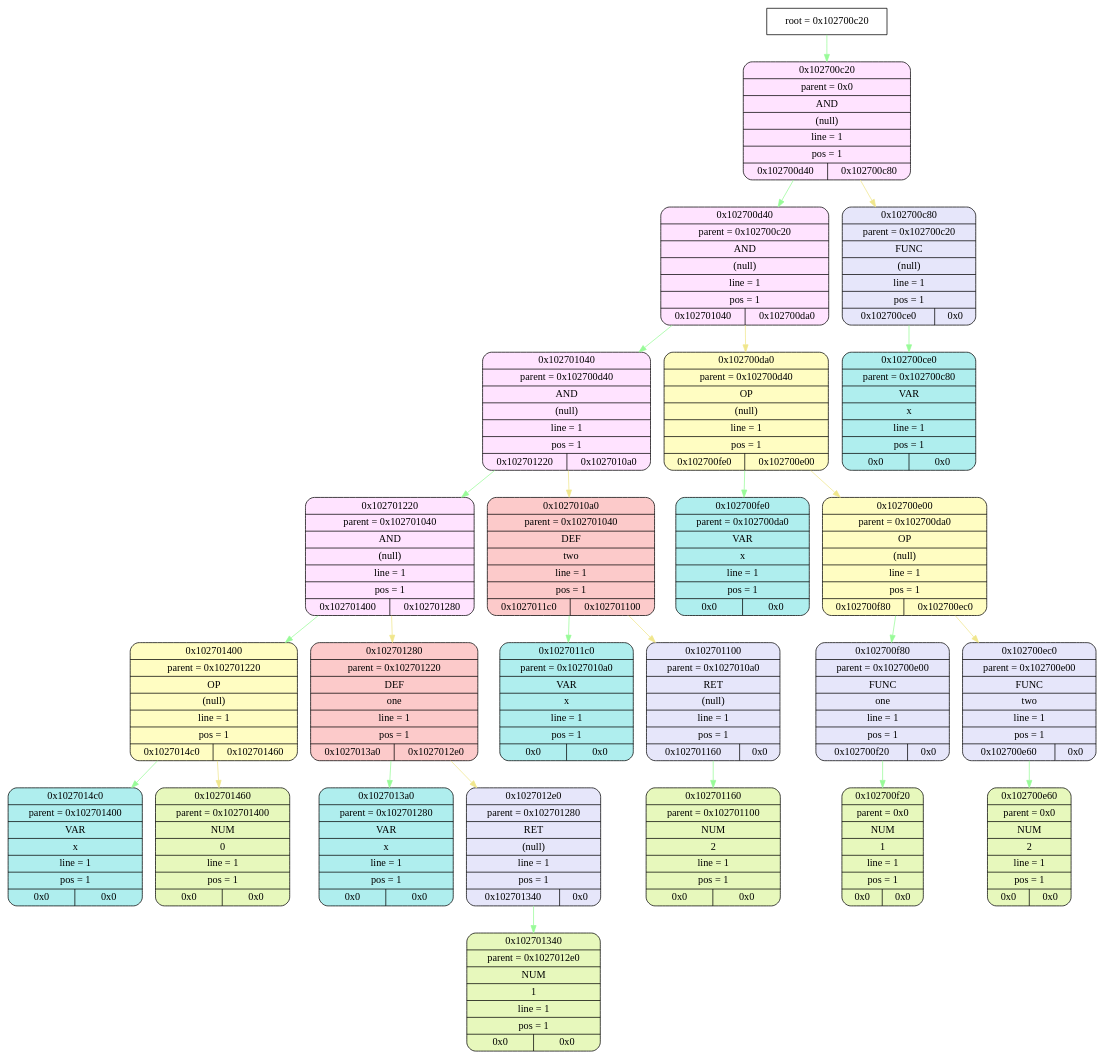
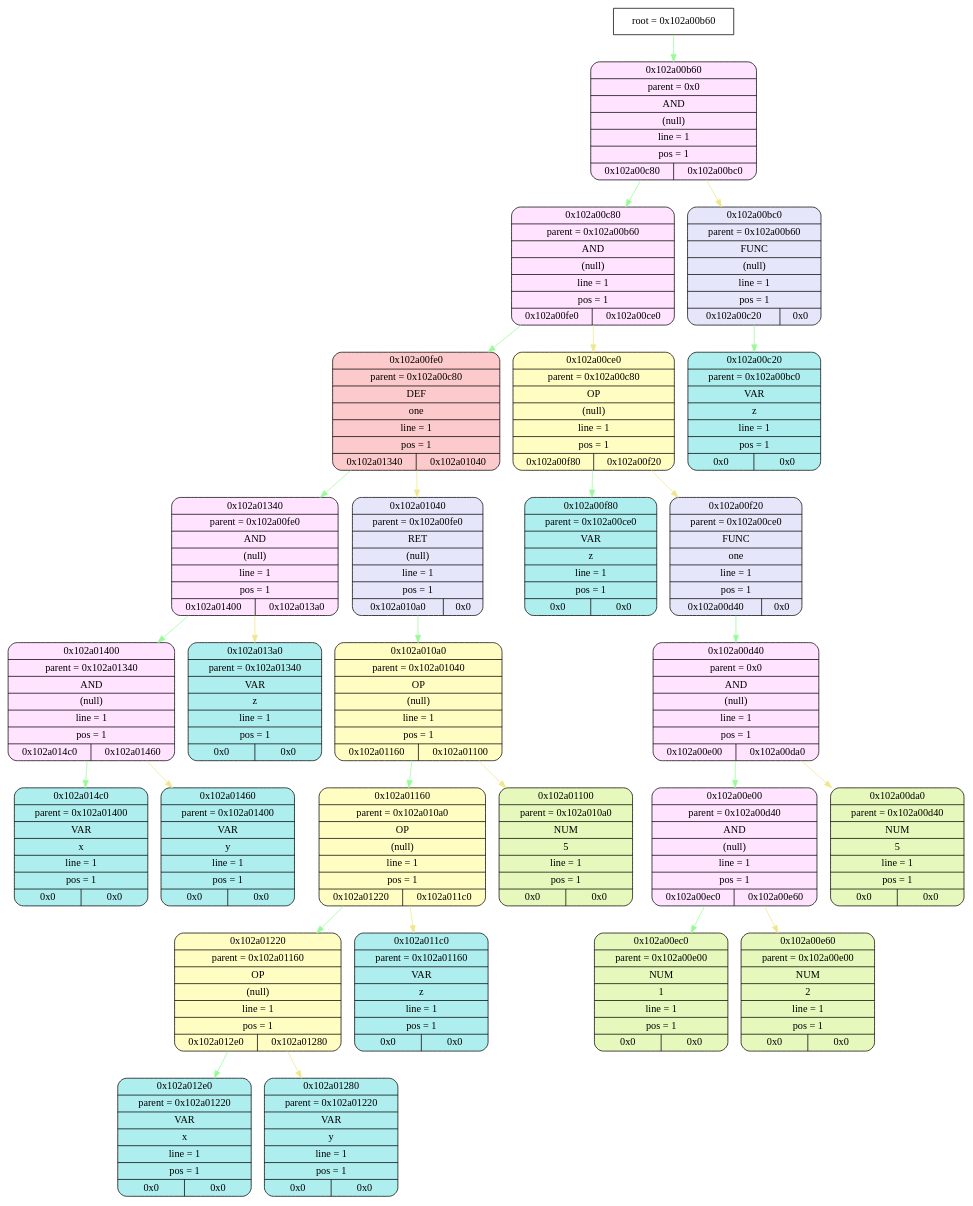
The diagram in frontend/tmp/graphviz.dot (esgalimov/language), drawn with Graphviz before and after one commit. The commit also changed 20 other files, not shown here.

Commit message:
func can have more than one param

```diff
--- a/frontend/tmp/graphviz.dot
+++ b/frontend/tmp/graphviz.dot
@@ -1,77 +1,83 @@
 digraph
 {
-    node_info[shape = record, label = "{root = 0x102700c20}"];
+    node_info[shape = record, label = "{root = 0x102a00b60}"];
 
-    node_info->node_0x102700c20 [color = "#98FB98"];
-    node_0x102700c20[shape = Mrecord, label = "{{0x102700c20} | {parent =  0x0} | {AND} | {(null)} | {line = 1} | {pos = 1} | {0x102700d40 | 0x102700c80}}",
+    node_info->node_0x102a00b60 [color = "#98FB98"];
+    node_0x102a00b60[shape = Mrecord, label = "{{0x102a00b60} | {parent =  0x0} | {AND} | {(null)} | {line = 1} | {pos = 1} | {0x102a00c80 | 0x102a00bc0}}",
                                         style="filled", fillcolor="#FFE3FF"];
-    node_0x102700d40[shape = Mrecord, label = "{{0x102700d40} | {parent =  0x102700c20} | {AND} | {(null)} | {line = 1} | {pos = 1} | {0x102701040 | 0x102700da0}}",
+    node_0x102a00c80[shape = Mrecord, label = "{{0x102a00c80} | {parent =  0x102a00b60} | {AND} | {(null)} | {line = 1} | {pos = 1} | {0x102a00fe0 | 0x102a00ce0}}",
                                         style="filled", fillcolor="#FFE3FF"];
-    node_0x102701040[shape = Mrecord, label = "{{0x102701040} | {parent =  0x102700d40} | {AND} | {(null)} | {line = 1} | {pos = 1} | {0x102701220 | 0x1027010a0}}",
+    node_0x102a00fe0[shape = Mrecord, label = "{{0x102a00fe0} | {parent =  0x102a00c80} | {DEF} | {one} | {line = 1} | {pos = 1} | {0x102a01340 | 0x102a01040}}",
+                                        style="filled", fillcolor="#FCCACA"];
+    node_0x102a01340[shape = Mrecord, label = "{{0x102a01340} | {parent =  0x102a00fe0} | {AND} | {(null)} | {line = 1} | {pos = 1} | {0x102a01400 | 0x102a013a0}}",
                                         style="filled", fillcolor="#FFE3FF"];
-    node_0x102701220[shape = Mrecord, label = "{{0x102701220} | {parent =  0x102701040} | {AND} | {(null)} | {line = 1} | {pos = 1} | {0x102701400 | 0x102701280}}",
+    node_0x102a01400[shape = Mrecord, label = "{{0x102a01400} | {parent =  0x102a01340} | {AND} | {(null)} | {line = 1} | {pos = 1} | {0x102a014c0 | 0x102a01460}}",
                                         style="filled", fillcolor="#FFE3FF"];
-    node_0x102701400[shape = Mrecord, label = "{{0x102701400} | {parent =  0x102701220} | {OP} | {(null)} | {line = 1} | {pos = 1} | {0x1027014c0 | 0x102701460}}",
+    node_0x102a014c0[shape = Mrecord, label = "{{0x102a014c0} | {parent =  0x102a01400} | {VAR} | {x} | {line = 1} | {pos = 1} | {0x0 | 0x0}}",
+                                        style="filled", fillcolor="#AFEEEE"];
+    node_0x102a01460[shape = Mrecord, label = "{{0x102a01460} | {parent =  0x102a01400} | {VAR} | {y} | {line = 1} | {pos = 1} | {0x0 | 0x0}}",
+                                        style="filled", fillcolor="#AFEEEE"];
+    node_0x102a013a0[shape = Mrecord, label = "{{0x102a013a0} | {parent =  0x102a01340} | {VAR} | {z} | {line = 1} | {pos = 1} | {0x0 | 0x0}}",
+                                        style="filled", fillcolor="#AFEEEE"];
+    node_0x102a01040[shape = Mrecord, label = "{{0x102a01040} | {parent =  0x102a00fe0} | {RET} | {(null)} | {line = 1} | {pos = 1} | {0x102a010a0 | 0x0}}",
+                                        style="filled", fillcolor="#E6E6FA"];
+    node_0x102a010a0[shape = Mrecord, label = "{{0x102a010a0} | {parent =  0x102a01040} | {OP} | {(null)} | {line = 1} | {pos = 1} | {0x102a01160 | 0x102a01100}}",
                                         style="filled", fillcolor="#FFFDC2"];
-    node_0x1027014c0[shape = Mrecord, label = "{{0x1027014c0} | {parent =  0x102701400} | {VAR} | {x} | {line = 1} | {pos = 1} | {0x0 | 0x0}}",
+    node_0x102a01160[shape = Mrecord, label = "{{0x102a01160} | {parent =  0x102a010a0} | {OP} | {(null)} | {line = 1} | {pos = 1} | {0x102a01220 | 0x102a011c0}}",
+                                        style="filled", fillcolor="#FFFDC2"];
+    node_0x102a01220[shape = Mrecord, label = "{{0x102a01220} | {parent =  0x102a01160} | {OP} | {(null)} | {line = 1} | {pos = 1} | {0x102a012e0 | 0x102a01280}}",
+                                        style="filled", fillcolor="#FFFDC2"];
+    node_0x102a012e0[shape = Mrecord, label = "{{0x102a012e0} | {parent =  0x102a01220} | {VAR} | {x} | {line = 1} | {pos = 1} | {0x0 | 0x0}}",
                                         style="filled", fillcolor="#AFEEEE"];
-    node_0x102701460[shape = Mrecord, label = "{{0x102701460} | {parent =  0x102701400} | {NUM} | {0} | {line = 1} | {pos = 1} | {0x0 | 0x0}}",
+    node_0x102a01280[shape = Mrecord, label = "{{0x102a01280} | {parent =  0x102a01220} | {VAR} | {y} | {line = 1} | {pos = 1} | {0x0 | 0x0}}",
+                                        style="filled", fillcolor="#AFEEEE"];
+    node_0x102a011c0[shape = Mrecord, label = "{{0x102a011c0} | {parent =  0x102a01160} | {VAR} | {z} | {line = 1} | {pos = 1} | {0x0 | 0x0}}",
+                                        style="filled", fillcolor="#AFEEEE"];
+    node_0x102a01100[shape = Mrecord, label = "{{0x102a01100} | {parent =  0x102a010a0} | {NUM} | {5} | {line = 1} | {pos = 1} | {0x0 | 0x0}}",
                 style="filled", fillcolor="#E7F8BC"];
-    node_0x102701280[shape = Mrecord, label = "{{0x102701280} | {parent =  0x102701220} | {DEF} | {one} | {line = 1} | {pos = 1} | {0x1027013a0 | 0x1027012e0}}",
-                                        style="filled", fillcolor="#FCCACA"];
-    node_0x1027013a0[shape = Mrecord, label = "{{0x1027013a0} | {parent =  0x102701280} | {VAR} | {x} | {line = 1} | {pos = 1} | {0x0 | 0x0}}",
+    node_0x102a00ce0[shape = Mrecord, label = "{{0x102a00ce0} | {parent =  0x102a00c80} | {OP} | {(null)} | {line = 1} | {pos = 1} | {0x102a00f80 | 0x102a00f20}}",
+                                        style="filled", fillcolor="#FFFDC2"];
+    node_0x102a00f80[shape = Mrecord, label = "{{0x102a00f80} | {parent =  0x102a00ce0} | {VAR} | {z} | {line = 1} | {pos = 1} | {0x0 | 0x0}}",
                                         style="filled", fillcolor="#AFEEEE"];
-    node_0x1027012e0[shape = Mrecord, label = "{{0x1027012e0} | {parent =  0x102701280} | {RET} | {(null)} | {line = 1} | {pos = 1} | {0x102701340 | 0x0}}",
+    node_0x102a00f20[shape = Mrecord, label = "{{0x102a00f20} | {parent =  0x102a00ce0} | {FUNC} | {one} | {line = 1} | {pos = 1} | {0x102a00d40 | 0x0}}",
                                         style="filled", fillcolor="#E6E6FA"];
-    node_0x102701340[shape = Mrecord, label = "{{0x102701340} | {parent =  0x1027012e0} | {NUM} | {1} | {line = 1} | {pos = 1} | {0x0 | 0x0}}",
+    node_0x102a00d40[shape = Mrecord, label = "{{0x102a00d40} | {parent =  0x0} | {AND} | {(null)} | {line = 1} | {pos = 1} | {0x102a00e00 | 0x102a00da0}}",
+                                        style="filled", fillcolor="#FFE3FF"];
+    node_0x102a00e00[shape = Mrecord, label = "{{0x102a00e00} | {parent =  0x102a00d40} | {AND} | {(null)} | {line = 1} | {pos = 1} | {0x102a00ec0 | 0x102a00e60}}",
+                                        style="filled", fillcolor="#FFE3FF"];
+    node_0x102a00ec0[shape = Mrecord, label = "{{0x102a00ec0} | {parent =  0x102a00e00} | {NUM} | {1} | {line = 1} | {pos = 1} | {0x0 | 0x0}}",
                 style="filled", fillcolor="#E7F8BC"];
-    node_0x1027010a0[shape = Mrecord, label = "{{0x1027010a0} | {parent =  0x102701040} | {DEF} | {two} | {line = 1} | {pos = 1} | {0x1027011c0 | 0x102701100}}",
-                                        style="filled", fillcolor="#FCCACA"];
-    node_0x1027011c0[shape = Mrecord, label = "{{0x1027011c0} | {parent =  0x1027010a0} | {VAR} | {x} | {line = 1} | {pos = 1} | {0x0 | 0x0}}",
+    node_0x102a00e60[shape = Mrecord, label = "{{0x102a00e60} | {parent =  0x102a00e00} | {NUM} | {2} | {line = 1} | {pos = 1} | {0x0 | 0x0}}",
+                style="filled", fillcolor="#E7F8BC"];
+    node_0x102a00da0[shape = Mrecord, label = "{{0x102a00da0} | {parent =  0x102a00d40} | {NUM} | {5} | {line = 1} | {pos = 1} | {0x0 | 0x0}}",
+                style="filled", fillcolor="#E7F8BC"];
+    node_0x102a00bc0[shape = Mrecord, label = "{{0x102a00bc0} | {parent =  0x102a00b60} | {FUNC} | {(null)} | {line = 1} | {pos = 1} | {0x102a00c20 | 0x0}}",
+                                        style="filled", fillcolor="#E6E6FA"];
+    node_0x102a00c20[shape = Mrecord, label = "{{0x102a00c20} | {parent =  0x102a00bc0} | {VAR} | {z} | {line = 1} | {pos = 1} | {0x0 | 0x0}}",
                                         style="filled", fillcolor="#AFEEEE"];
-    node_0x102701100[shape = Mrecord, label = "{{0x102701100} | {parent =  0x1027010a0} | {RET} | {(null)} | {line = 1} | {pos = 1} | {0x102701160 | 0x0}}",
-                                        style="filled", fillcolor="#E6E6FA"];
-    node_0x102701160[shape = Mrecord, label = "{{0x102701160} | {parent =  0x102701100} | {NUM} | {2} | {line = 1} | {pos = 1} | {0x0 | 0x0}}",
-                style="filled", fillcolor="#E7F8BC"];
-    node_0x102700da0[shape = Mrecord, label = "{{0x102700da0} | {parent =  0x102700d40} | {OP} | {(null)} | {line = 1} | {pos = 1} | {0x102700fe0 | 0x102700e00}}",
-                                        style="filled", fillcolor="#FFFDC2"];
-    node_0x102700fe0[shape = Mrecord, label = "{{0x102700fe0} | {parent =  0x102700da0} | {VAR} | {x} | {line = 1} | {pos = 1} | {0x0 | 0x0}}",
-                                        style="filled", fillcolor="#AFEEEE"];
-    node_0x102700e00[shape = Mrecord, label = "{{0x102700e00} | {parent =  0x102700da0} | {OP} | {(null)} | {line = 1} | {pos = 1} | {0x102700f80 | 0x102700ec0}}",
-                                        style="filled", fillcolor="#FFFDC2"];
-    node_0x102700f80[shape = Mrecord, label = "{{0x102700f80} | {parent =  0x102700e00} | {FUNC} | {one} | {line = 1} | {pos = 1} | {0x102700f20 | 0x0}}",
-                                        style="filled", fillcolor="#E6E6FA"];
-    node_0x102700f20[shape = Mrecord, label = "{{0x102700f20} | {parent =  0x0} | {NUM} | {1} | {line = 1} | {pos = 1} | {0x0 | 0x0}}",
-                style="filled", fillcolor="#E7F8BC"];
-    node_0x102700ec0[shape = Mrecord, label = "{{0x102700ec0} | {parent =  0x102700e00} | {FUNC} | {two} | {line = 1} | {pos = 1} | {0x102700e60 | 0x0}}",
-                                        style="filled", fillcolor="#E6E6FA"];
-    node_0x102700e60[shape = Mrecord, label = "{{0x102700e60} | {parent =  0x0} | {NUM} | {2} | {line = 1} | {pos = 1} | {0x0 | 0x0}}",
-                style="filled", fillcolor="#E7F8BC"];
-    node_0x102700c80[shape = Mrecord, label = "{{0x102700c80} | {parent =  0x102700c20} | {FUNC} | {(null)} | {line = 1} | {pos = 1} | {0x102700ce0 | 0x0}}",
-                                        style="filled", fillcolor="#E6E6FA"];
-    node_0x102700ce0[shape = Mrecord, label = "{{0x102700ce0} | {parent =  0x102700c80} | {VAR} | {x} | {line = 1} | {pos = 1} | {0x0 | 0x0}}",
-                                        style="filled", fillcolor="#AFEEEE"];
-    node_0x102700c20->node_0x102700d40 [color = "#98FB98"];
-    node_0x102700d40->node_0x102701040 [color = "#98FB98"];
-    node_0x102701040->node_0x102701220 [color = "#98FB98"];
-    node_0x102701220->node_0x102701400 [color = "#98FB98"];
-    node_0x102701400->node_0x1027014c0 [color = "#98FB98"];
-    node_0x102701400->node_0x102701460 [color = "#F0E68C"];
-    node_0x102701220->node_0x102701280 [color = "#F0E68C"];
-    node_0x102701280->node_0x1027013a0 [color = "#98FB98"];
-    node_0x102701280->node_0x1027012e0 [color = "#F0E68C"];
-    node_0x1027012e0->node_0x102701340 [color = "#98FB98"];
-    node_0x102701040->node_0x1027010a0 [color = "#F0E68C"];
-    node_0x1027010a0->node_0x1027011c0 [color = "#98FB98"];
-    node_0x1027010a0->node_0x102701100 [color = "#F0E68C"];
-    node_0x102701100->node_0x102701160 [color = "#98FB98"];
-    node_0x102700d40->node_0x102700da0 [color = "#F0E68C"];
-    node_0x102700da0->node_0x102700fe0 [color = "#98FB98"];
-    node_0x102700da0->node_0x102700e00 [color = "#F0E68C"];
-    node_0x102700e00->node_0x102700f80 [color = "#98FB98"];
-    node_0x102700f80->node_0x102700f20 [color = "#98FB98"];
-    node_0x102700e00->node_0x102700ec0 [color = "#F0E68C"];
-    node_0x102700ec0->node_0x102700e60 [color = "#98FB98"];
-    node_0x102700c20->node_0x102700c80 [color = "#F0E68C"];
-    node_0x102700c80->node_0x102700ce0 [color = "#98FB98"];
+    node_0x102a00b60->node_0x102a00c80 [color = "#98FB98"];
+    node_0x102a00c80->node_0x102a00fe0 [color = "#98FB98"];
+    node_0x102a00fe0->node_0x102a01340 [color = "#98FB98"];
+    node_0x102a01340->node_0x102a01400 [color = "#98FB98"];
+    node_0x102a01400->node_0x102a014c0 [color = "#98FB98"];
+    node_0x102a01400->node_0x102a01460 [color = "#F0E68C"];
+    node_0x102a01340->node_0x102a013a0 [color = "#F0E68C"];
+    node_0x102a00fe0->node_0x102a01040 [color = "#F0E68C"];
+    node_0x102a01040->node_0x102a010a0 [color = "#98FB98"];
+    node_0x102a010a0->node_0x102a01160 [color = "#98FB98"];
+    node_0x102a01160->node_0x102a01220 [color = "#98FB98"];
+    node_0x102a01220->node_0x102a012e0 [color = "#98FB98"];
+    node_0x102a01220->node_0x102a01280 [color = "#F0E68C"];
+    node_0x102a01160->node_0x102a011c0 [color = "#F0E68C"];
+    node_0x102a010a0->node_0x102a01100 [color = "#F0E68C"];
+    node_0x102a00c80->node_0x102a00ce0 [color = "#F0E68C"];
+    node_0x102a00ce0->node_0x102a00f80 [color = "#98FB98"];
+    node_0x102a00ce0->node_0x102a00f20 [color = "#F0E68C"];
+    node_0x102a00f20->node_0x102a00d40 [color = "#98FB98"];
+    node_0x102a00d40->node_0x102a00e00 [color = "#98FB98"];
+    node_0x102a00e00->node_0x102a00ec0 [color = "#98FB98"];
+    node_0x102a00e00->node_0x102a00e60 [color = "#F0E68C"];
+    node_0x102a00d40->node_0x102a00da0 [color = "#F0E68C"];
+    node_0x102a00b60->node_0x102a00bc0 [color = "#F0E68C"];
+    node_0x102a00bc0->node_0x102a00c20 [color = "#98FB98"];
 }
```
